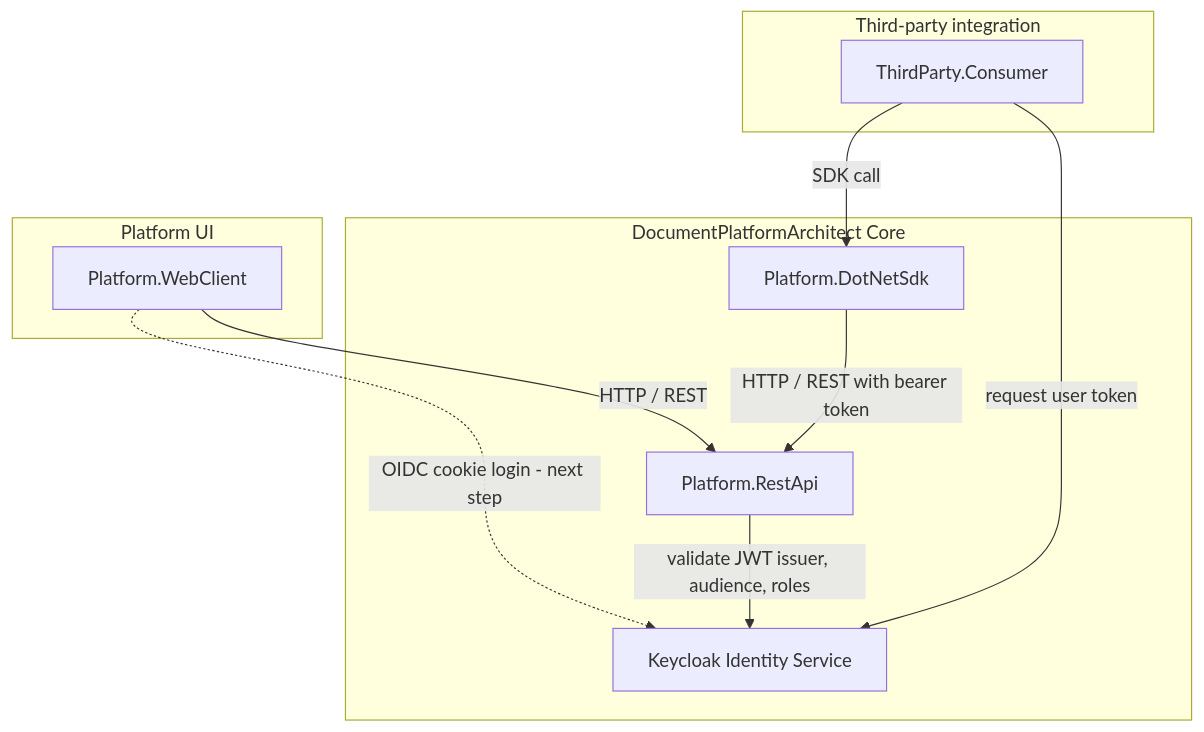
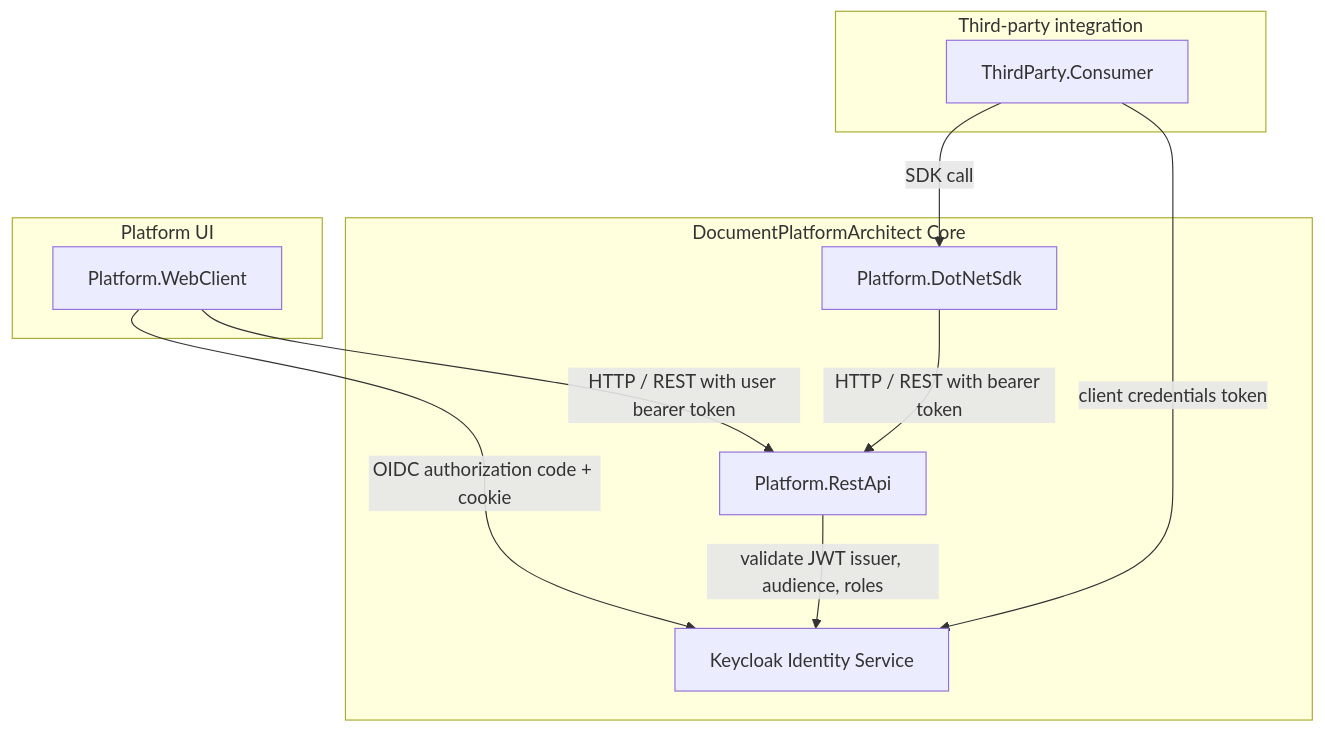
Before and after one commit to haoyucheng369-gif/DocuwareArchitect: the diagram in README.md, drawn with Mermaid. The commit also changed other lines of this file and 16 other files, not shown here.

Commit message:
Add OIDC web client login

````diff
--- a/README.md
+++ b/README.md
@@ -15,23 +15,23 @@
 ```mermaid
 flowchart TB
     subgraph Core["DocumentPlatformArchitect Core"]
         I[Keycloak Identity Service]
         R[Platform.RestApi]
         S[Platform.DotNetSdk]
     end
 
     subgraph FirstParty["Platform UI"]
         W[Platform.WebClient]
     end
 
     subgraph External["Third-party integration"]
         T[ThirdParty.Consumer]
     end
 
-    W -->|HTTP / REST| R
-    W -.->|OIDC cookie login - next step| I
-    T -->|request user token| I
+    W -->|HTTP / REST with user bearer token| R
+    W -->|OIDC authorization code + cookie| I
+    T -->|client credentials token| I
     T -->|SDK call| S
     S -->|HTTP / REST with bearer token| R
     R -->|validate JWT issuer, audience, roles| I
 ```
````
